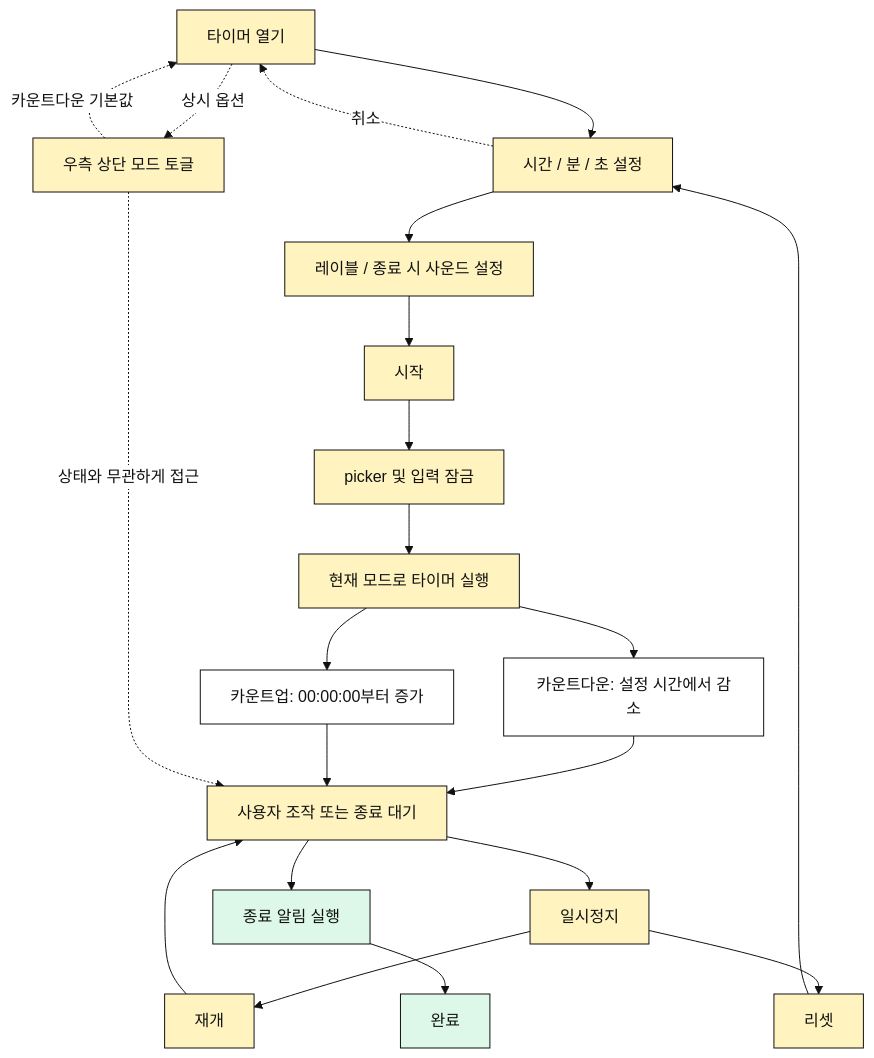
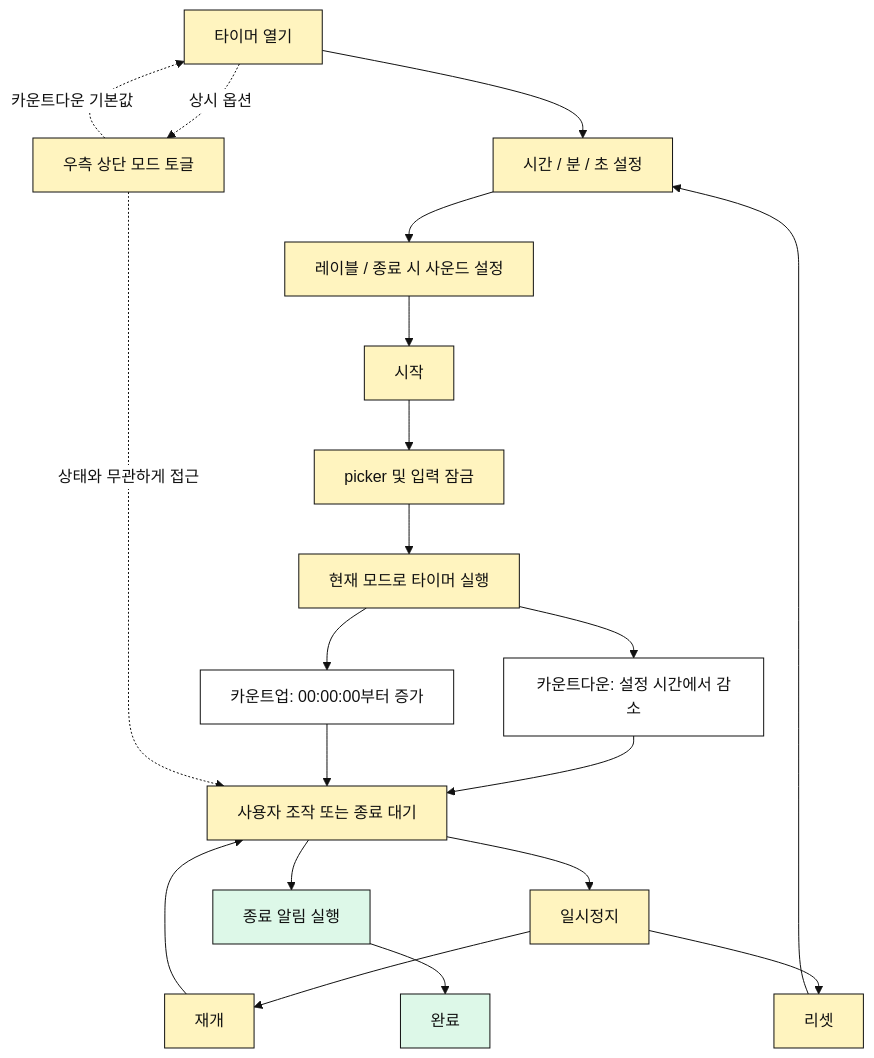
The diagram in docs/use-cases/timer.md (KalGookSoo/tempo), drawn with Mermaid before and after one commit. The commit also changed other lines of this file and 2 other files, not shown here.

````diff
--- a/docs/use-cases/timer.md
+++ b/docs/use-cases/timer.md
@@ -60,30 +63,29 @@
 ```mermaid
 %%{init: {"theme": "base", "themeVariables": {"background": "transparent", "primaryColor": "#FFFFFF", "primaryTextColor": "#111111", "primaryBorderColor": "#111111", "lineColor": "#111111", "tertiaryColor": "#F7F7F2"}}}%%
 flowchart TD
   A["타이머 열기"] --> B["시간 / 분 / 초 설정"]
   B --> B2["레이블 / 종료 시 사운드 설정"]
   B2 --> C["시작"]
   C --> D["picker 및 입력 잠금"]
   D --> E["현재 모드로 타이머 실행"]
   E --> F["카운트다운: 설정 시간에서 감소"]
   E --> G["카운트업: 00:00:00부터 증가"]
   F --> H["사용자 조작 또는 종료 대기"]
   G --> H
   H --> I["일시정지"]
   I --> J["재개"]
   J --> H
   I --> K["리셋"]
   K --> B
   H --> L["종료 알림 실행"]
   L --> M["완료"]
   A -. "상시 옵션" .-> N["우측 상단 모드 토글"]
   N -. "카운트다운 기본값" .-> A
   N -. "상태와 무관하게 접근" .-> H
-  B -. "취소" .-> A
 
   classDef action fill:#FFF4BF,stroke:#111111,color:#111111;
   classDef done fill:#DDF8E8,stroke:#111111,color:#111111;
   classDef error fill:#FFE0E0,stroke:#111111,color:#111111;
   class A,B,B2,C,D,E,H,I,J,K,N action;
   class L,M done;
 ```
````
